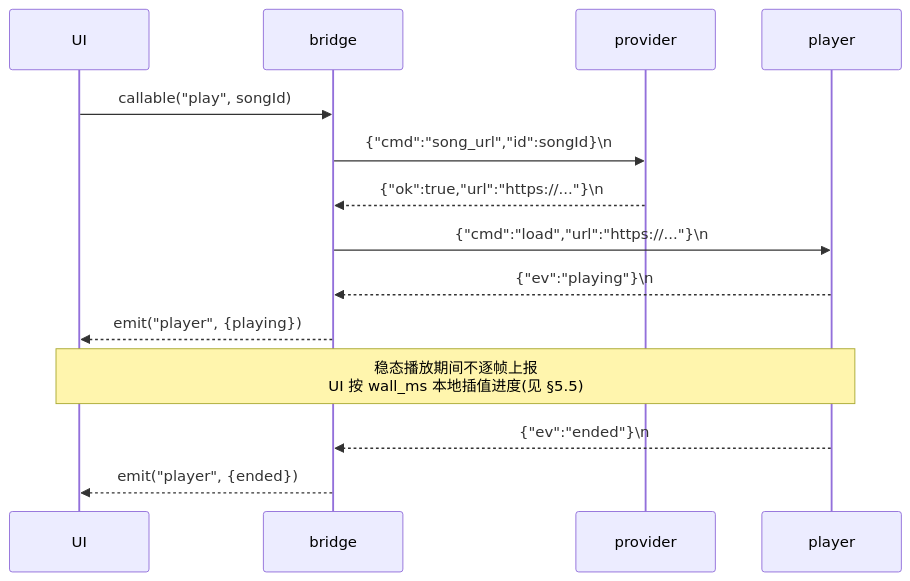
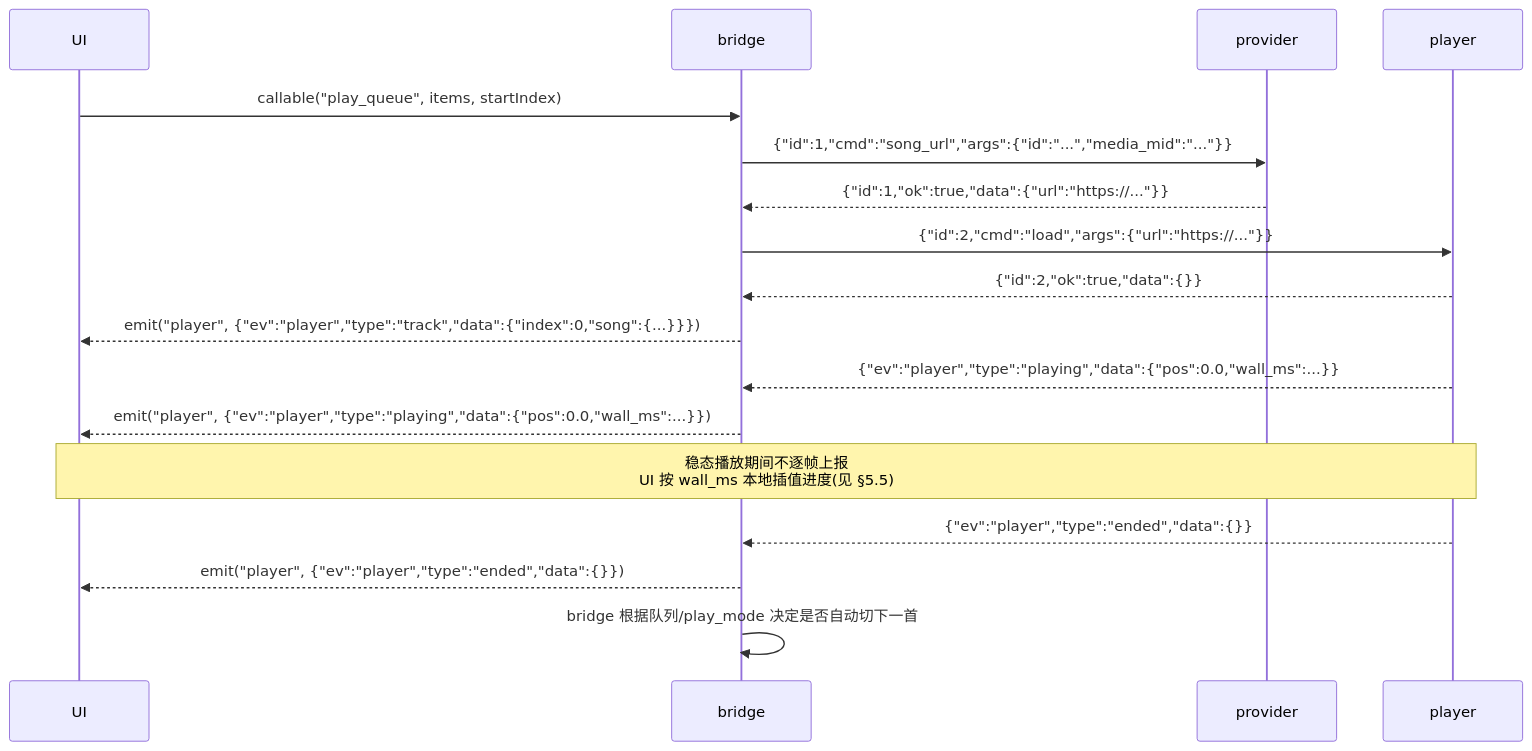
One commit to jinzhongjia/decky-music changed the third of 6 diagrams in docs/DESIGN.md. Above: the diagram before and after it, drawn with Mermaid. The commit also changed other lines of this file, not shown here.

````diff
--- a/docs/DESIGN.md
+++ b/docs/DESIGN.md
@@ -125,16 +133,19 @@
 ```mermaid
 sequenceDiagram
   participant UI
   participant BR as bridge
   participant P as provider
   participant PL as player
-  UI->>BR: callable("play", songId)
-  BR->>P: {"cmd":"song_url","id":songId}\n
-  P-->>BR: {"ok":true,"url":"https://..."}\n
-  BR->>PL: {"cmd":"load","url":"https://..."}\n
-  PL-->>BR: {"ev":"playing"}\n
-  BR-->>UI: emit("player", {playing})
+  UI->>BR: callable("play_queue", items, startIndex)
+  BR->>P: {"id":1,"cmd":"song_url","args":{"id":"...","media_mid":"..."}}
+  P-->>BR: {"id":1,"ok":true,"data":{"url":"https://..."}}
+  BR->>PL: {"id":2,"cmd":"load","args":{"url":"https://..."}}
+  PL-->>BR: {"id":2,"ok":true,"data":{}}
+  BR-->>UI: emit("player", {"ev":"player","type":"track","data":{"index":0,"song":{...}}})
+  PL-->>BR: {"ev":"player","type":"playing","data":{"pos":0.0,"wall_ms":...}}
+  BR-->>UI: emit("player", {"ev":"player","type":"playing","data":{"pos":0.0,"wall_ms":...}})
   Note over PL,UI: 稳态播放期间不逐帧上报<br/>UI 按 wall_ms 本地插值进度(见 §5.5)
-  PL-->>BR: {"ev":"ended"}\n
-  BR-->>UI: emit("player", {ended})
+  PL-->>BR: {"ev":"player","type":"ended","data":{}}
+  BR-->>UI: emit("player", {"ev":"player","type":"ended","data":{}})
+  BR->>BR: bridge 根据队列/play_mode 决定是否自动切下一首
 ```
````
